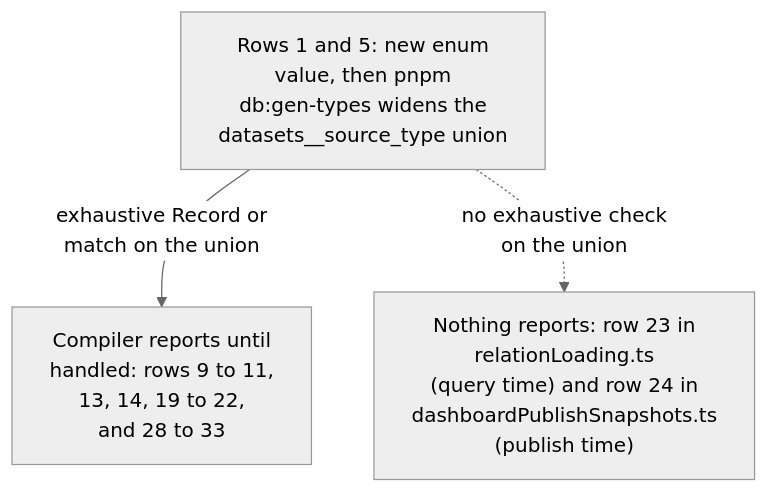
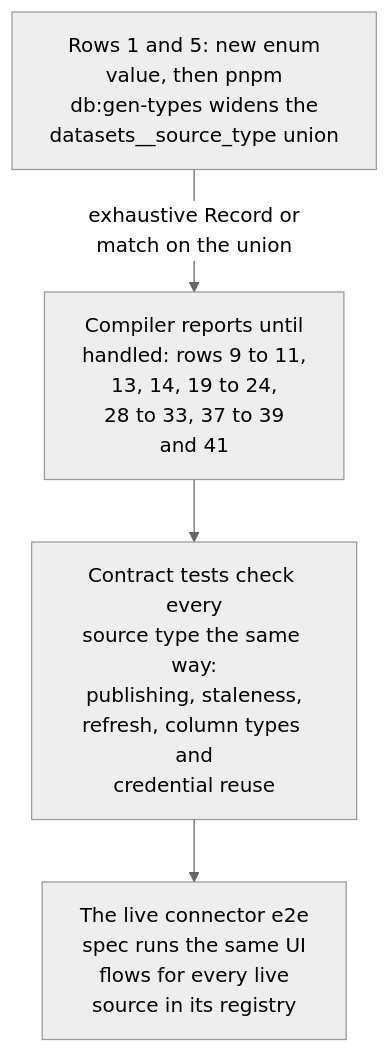
The fifth of 5 diagrams in docs/qetl-architecture.md (AvandarLabs/avandar), drawn with Mermaid (neutral theme) before and after one commit. The commit also changed other lines of this file and 5031 other files, not shown here.

````diff
--- a/docs/qetl-architecture.md
+++ b/docs/qetl-architecture.md
@@ -441,8 +529,10 @@
 ```mermaid
 flowchart TD
   U["Rows 1 and 5: new enum<br/>value, then pnpm<br/>db:gen-types widens the<br/>datasets__source_type#nbsp;union"]
-  G["Compiler reports until<br/>handled: rows 9 to 11,<br/>13, 14, 19 to 22,<br/>and 28 to 33"]
-  N["Nothing reports: row 23 in<br/>relationLoading.ts<br/>(query time) and row 24 in<br/>dashboardPublishSnapshots.ts<br/>(publish time)"]
+  G["Compiler reports until<br/>handled: rows 9 to 11,<br/>13, 14, 19 to 24,<br/>28 to 33, 37 to 39<br/>and 41"]
+  T["Contract tests check every<br/>source type the same way:<br/>publishing, staleness,<br/>refresh, column types and<br/>credential reuse"]
+  E["The live connector e2e<br/>spec runs the same UI<br/>flows for every live<br/>source in its registry"]
   U -->|"exhaustive Record or<br/>match on the union"| G
-  U -.->|"no exhaustive check<br/>on the union"| N
+  G --> T
+  T --> E
 ```
````
